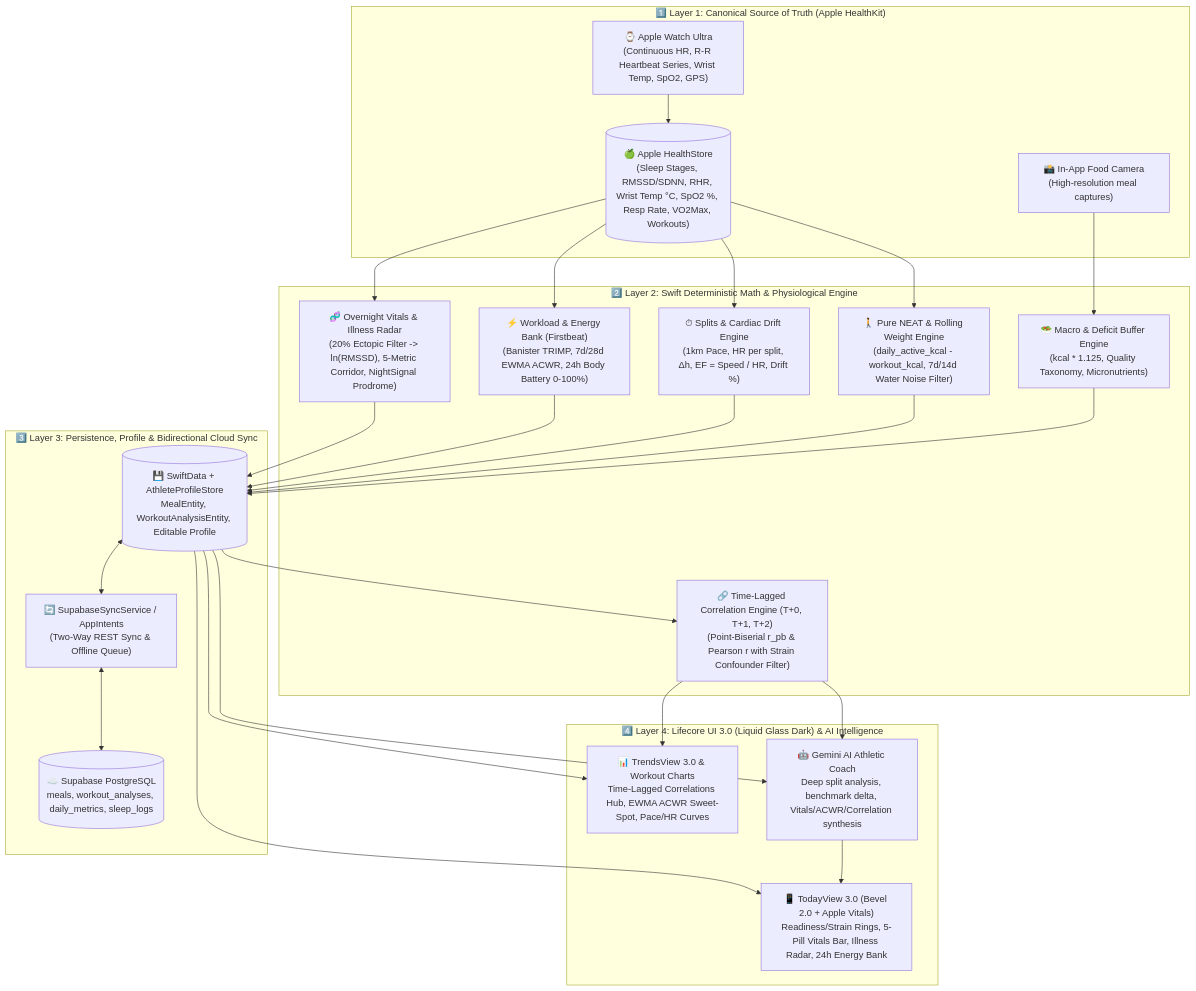
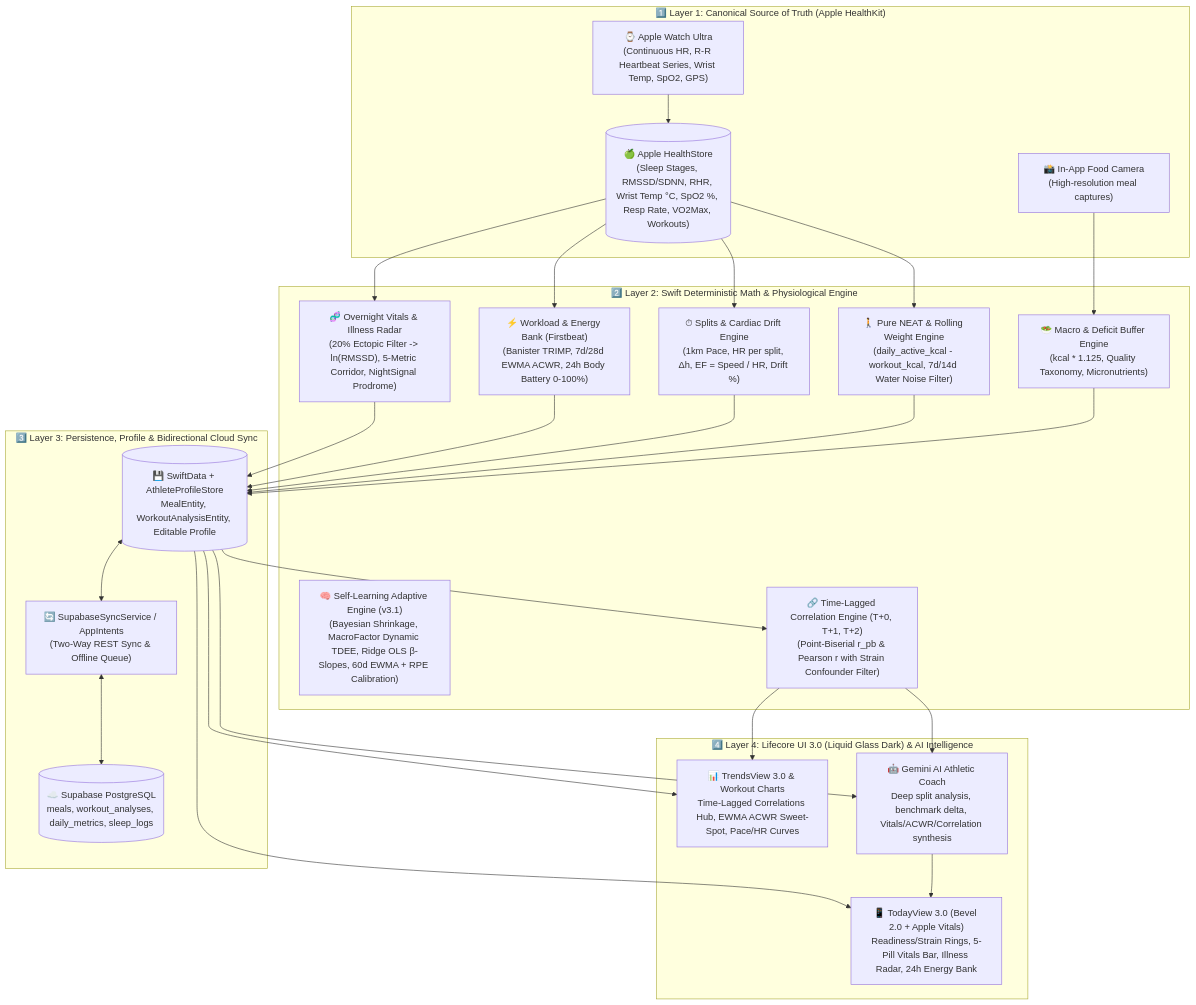
One commit to skycherepanya/calories-bot-mvp changed the diagram in docs/ARCHITECTURE.md. Above: the diagram before and after it, drawn with Mermaid. The commit also changed 6 other files, not shown here.

Commit message:
docs(v3.1): add self-learning adaptive physiology engine spec, flash-optimized plan, and full UI overhaul roadmap

````diff
--- a/docs/ARCHITECTURE.md
+++ b/docs/ARCHITECTURE.md
@@ -24,53 +24,54 @@
 ```mermaid
 flowchart TD
     subgraph Layer1 ["1️⃣ Layer 1: Canonical Source of Truth (Apple HealthKit)"]
         Watch["⌚️ Apple Watch Ultra\n(Continuous HR, R-R Heartbeat Series, Wrist Temp, SpO2, GPS)"]
         HKStore[("🍏 Apple HealthStore\n(Sleep Stages, RMSSD/SDNN, RHR, Wrist Temp °C, SpO2 %, Resp Rate, VO2Max, Workouts)")]
         Camera["📸 In-App Food Camera\n(High-resolution meal captures)"]
         Watch --> HKStore
     end
 
     subgraph Layer2 ["2️⃣ Layer 2: Swift Deterministic Math & Physiological Engine"]
         VitalsEngine["🧬 Overnight Vitals & Illness Radar\n(20% Ectopic Filter -> ln(RMSSD), 5-Metric Corridor, NightSignal Prodrome)"]
+        AdaptiveEngine["🧠 Self-Learning Adaptive Engine (v3.1)\n(Bayesian Shrinkage, MacroFactor Dynamic TDEE, Ridge OLS β-Slopes, 60d EWMA + RPE Calibration)"]
         WorkloadEngine["⚡ Workload & Energy Bank (Firstbeat)\n(Banister TRIMP, 7d/28d EWMA ACWR, 24h Body Battery 0-100%)"]
         SplitEngine["⏱ Splits & Cardiac Drift Engine\n(1km Pace, HR per split, Δh, EF = Speed / HR, Drift %)"]
         CorrEngine["🔗 Time-Lagged Correlation Engine (T+0, T+1, T+2)\n(Point-Biserial r_pb & Pearson r with Strain Confounder Filter)"]
         NEATEngine["🚶 Pure NEAT & Rolling Weight Engine\n(daily_active_kcal - workout_kcal, 7d/14d Water Noise Filter)"]
         MacroEngine["🥗 Macro & Deficit Buffer Engine\n(kcal * 1.125, Quality Taxonomy, Micronutrients)"]
     end
 
     subgraph Layer3 ["3️⃣ Layer 3: Persistence, Profile & Bidirectional Cloud Sync"]
         SwiftData[("💾 SwiftData + AthleteProfileStore\nMealEntity, WorkoutAnalysisEntity, Editable Profile")]
         SyncService["🔄 SupabaseSyncService / AppIntents\n(Two-Way REST Sync & Offline Queue)"]
         SupaDB[("☁️ Supabase PostgreSQL\nmeals, workout_analyses, daily_metrics, sleep_logs")]
     end
 
     subgraph Layer4 ["4️⃣ Layer 4: Lifecore UI 3.0 (Liquid Glass Dark) & AI Intelligence"]
         Dashboard["📱 TodayView 3.0 (Bevel 2.0 + Apple Vitals)\nReadiness/Strain Rings, 5-Pill Vitals Bar, Illness Radar, 24h Energy Bank"]
         TrendsHub["📊 TrendsView 3.0 & Workout Charts\nTime-Lagged Correlations Hub, EWMA ACWR Sweet-Spot, Pace/HR Curves"]
         GeminiProxy["🤖 Gemini AI Athletic Coach\nDeep split analysis, benchmark delta, Vitals/ACWR/Correlation synthesis"]
     end
 
     HKStore --> VitalsEngine
     HKStore --> WorkloadEngine
     HKStore --> SplitEngine
     HKStore --> NEATEngine
     Camera --> MacroEngine
 
     VitalsEngine --> SwiftData
     WorkloadEngine --> SwiftData
     SplitEngine --> SwiftData
     NEATEngine --> SwiftData
     MacroEngine --> SwiftData
     SwiftData --> CorrEngine
 
     SwiftData <--> SyncService
     SyncService <--> SupaDB
 
     SwiftData --> Dashboard
     SwiftData --> TrendsHub
     CorrEngine --> TrendsHub
     CorrEngine --> GeminiProxy
     SwiftData --> GeminiProxy
     GeminiProxy --> Dashboard
 ```
````
